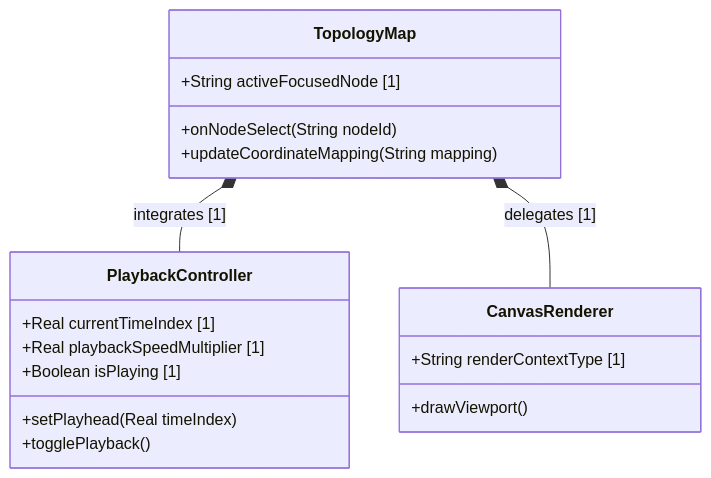
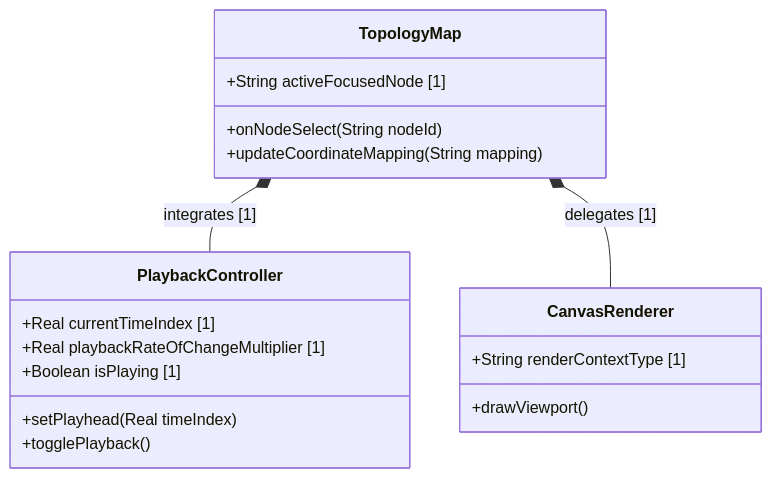
The diagram in docs/features/feat-11-topology-map.md (gintatkinson/digital-pipeline-repo), drawn with Mermaid before and after one commit. The commit also changed other lines of this file and 36 other files, not shown here.

````diff
--- a/docs/features/feat-11-topology-map.md
+++ b/docs/features/feat-11-topology-map.md
@@ -14,22 +14,22 @@
 ```mermaid
 classDiagram
     class TopologyMap {
         +String activeFocusedNode [1]
         +onNodeSelect(String nodeId)
         +updateCoordinateMapping(String mapping)
     }
     class PlaybackController {
         +Real currentTimeIndex [1]
-        +Real playbackSpeedMultiplier [1]
+        +Real playbackRateOfChangeMultiplier [1]
         +Boolean isPlaying [1]
         +setPlayhead(Real timeIndex)
         +togglePlayback()
     }
     class CanvasRenderer {
         +String renderContextType [1]
         +drawViewport()
     }
 
     TopologyMap *-- PlaybackController : integrates [1]
     TopologyMap *-- CanvasRenderer : delegates [1]
 ```
````
